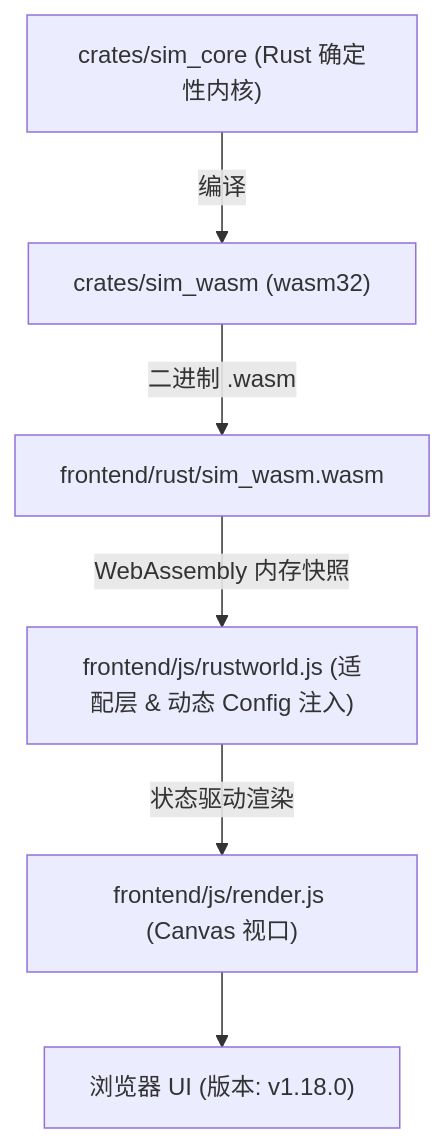
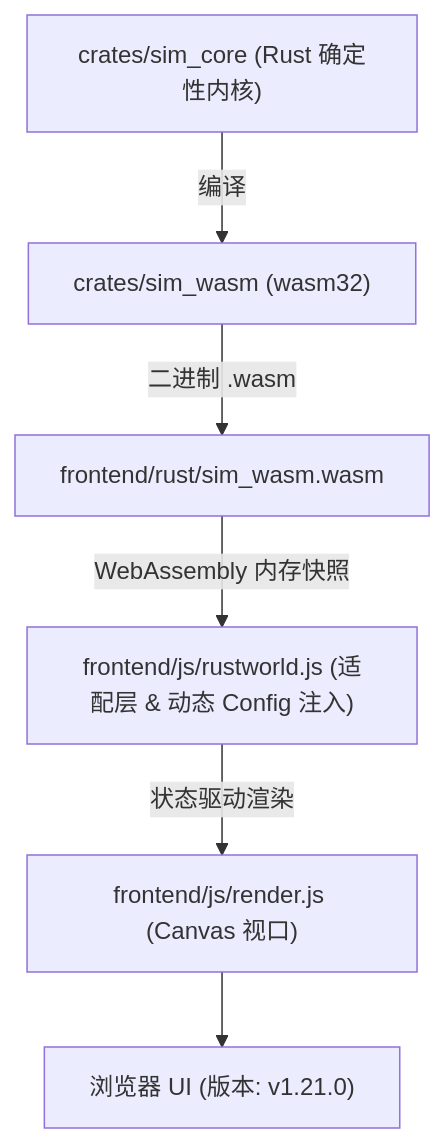
One commit to g39088902/FlowAndAccord changed the diagram in AGENTS.md. Above: the diagram before and after it, drawn with Mermaid. The commit also changed other lines of this file and 19 other files, not shown here.

````diff
--- a/AGENTS.md
+++ b/AGENTS.md
@@ -50,8 +51,8 @@
 ```mermaid
 graph TD
     A["crates/sim_core (Rust 确定性内核)"] -->|编译| B["crates/sim_wasm (wasm32)"]
     B -->|二进制 .wasm| C["frontend/rust/sim_wasm.wasm"]
     C -->|WebAssembly 内存快照| D["frontend/js/rustworld.js (适配层 & 动态 Config 注入)"]
     D -->|状态驱动渲染| E["frontend/js/render.js (Canvas 视口)"]
-    E --> F["浏览器 UI (版本: v1.18.0)"]
+    E --> F["浏览器 UI (版本: v1.21.0)"]
 ```
````
